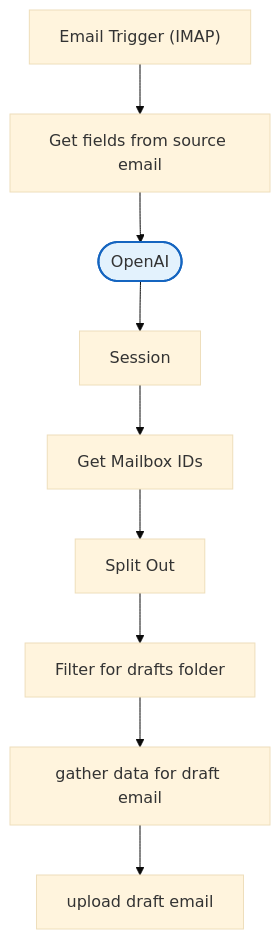
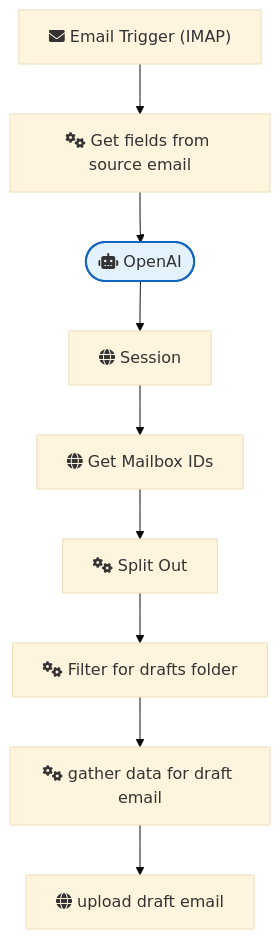
Before and after one commit to sreyash3105/N8N-DEMO-AUTOMATIONS: the diagram in Gmail_and_Email_Automation/create e-mail responses with fastmail and OpenAI.md, drawn with Mermaid (base theme). The commit also changed 291 other files, not shown here.

````diff
--- a/Gmail_and_Email_Automation/create e-mail responses with fastmail and OpenAI.md
+++ b/Gmail_and_Email_Automation/create e-mail responses with fastmail and OpenAI.md
@@ -1,25 +1,25 @@
 ```mermaid
 graph TD
     classDef trigger fill:#e8f5e9,stroke:#2e7d32,stroke-width:2px;
     classDef ai fill:#e3f2fd,stroke:#1565c0,stroke-width:2px;
     classDef logic fill:#fff3e0,stroke:#ef6c00,stroke-width:2px;
 
-    Session["Session"]
-    Get_Mailbox_IDs["Get Mailbox IDs"]
-    Split_Out["Split Out"]
-    Email_Trigger__IMAP_["Email Trigger (IMAP)"]
-    Get_fields_from_source_email["Get fields from source email"]
-    OpenAI(["OpenAI"]):::ai
-    Filter_for_drafts_folder["Filter for drafts folder"]
-    upload_draft_email["upload draft email"]
-    gather_data_for_draft_email["gather data for draft email"]
+    Session["fas:fa-globe Session"]
+    Get_Mailbox_IDs["fas:fa-globe Get Mailbox IDs"]
+    Split_Out["fas:fa-cogs Split Out"]
+    Email_Trigger__IMAP_["fas:fa-envelope Email Trigger (IMAP)"]
+    Get_fields_from_source_email["fas:fa-cogs Get fields from source email"]
+    OpenAI(["fas:fa-robot OpenAI"]):::ai
+    Filter_for_drafts_folder["fas:fa-cogs Filter for drafts folder"]
+    upload_draft_email["fas:fa-globe upload draft email"]
+    gather_data_for_draft_email["fas:fa-cogs gather data for draft email"]
 
     OpenAI --> Session
     Session --> Get_Mailbox_IDs
     Split_Out --> Filter_for_drafts_folder
     Get_Mailbox_IDs --> Split_Out
     Email_Trigger__IMAP_ --> Get_fields_from_source_email
     Filter_for_drafts_folder --> gather_data_for_draft_email
     gather_data_for_draft_email --> upload_draft_email
     Get_fields_from_source_email --> OpenAI
 ```
````
